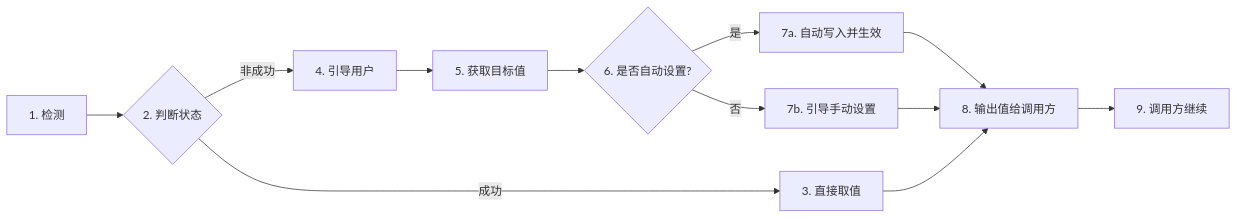
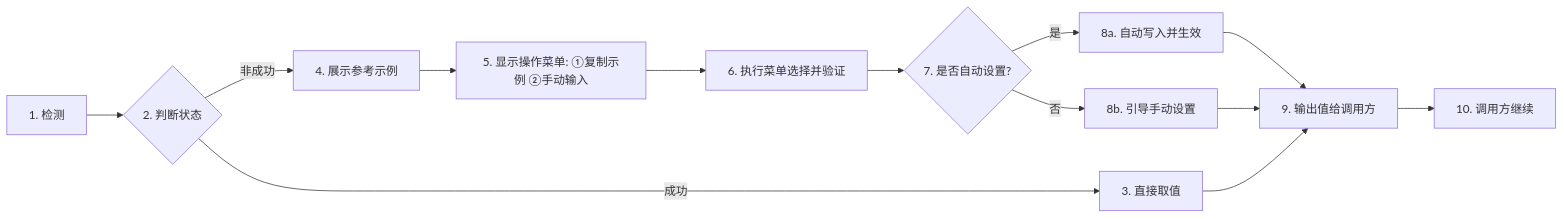
One commit to dvlproad/AI-qskills changed the second of 4 diagrams in guide-and-config-missing-env/SKILL.md. Above: the diagram before and after it, drawn with Mermaid. The commit also changed other lines of this file, not shown here.

````diff
--- a/guide-and-config-missing-env/SKILL.md
+++ b/guide-and-config-missing-env/SKILL.md
@@ -92,14 +96,15 @@
 ```mermaid
 graph LR
     S1[1. 检测] --> S2{2. 判断状态}
     S2 -->|成功| S3[3. 直接取值]
-    S2 -->|非成功| S4[4. 引导用户]
-    S4 --> S5[5. 获取目标值]
-    S5 --> S6{6. 是否自动设置?}
-    S6 -->|是| S7[7a. 自动写入并生效]
-    S6 -->|否| S8[7b. 引导手动设置]
-    S7 --> S9[8. 输出值给调用方]
-    S8 --> S9
+    S2 -->|非成功| S4[4. 展示参考示例]
+    S4 --> S5[5. 显示操作菜单: ①复制示例 ②手动输入]
+    S5 --> S6[6. 执行菜单选择并验证]
+    S6 --> S7{7. 是否自动设置?}
+    S7 -->|是| S8a[8a. 自动写入并生效]
+    S7 -->|否| S8b[8b. 引导手动设置]
+    S8a --> S9[9. 输出值给调用方]
+    S8b --> S9
     S3 --> S9
-    S9 --> S10[9. 调用方继续]
+    S9 --> S10[10. 调用方继续]
 ```
````
